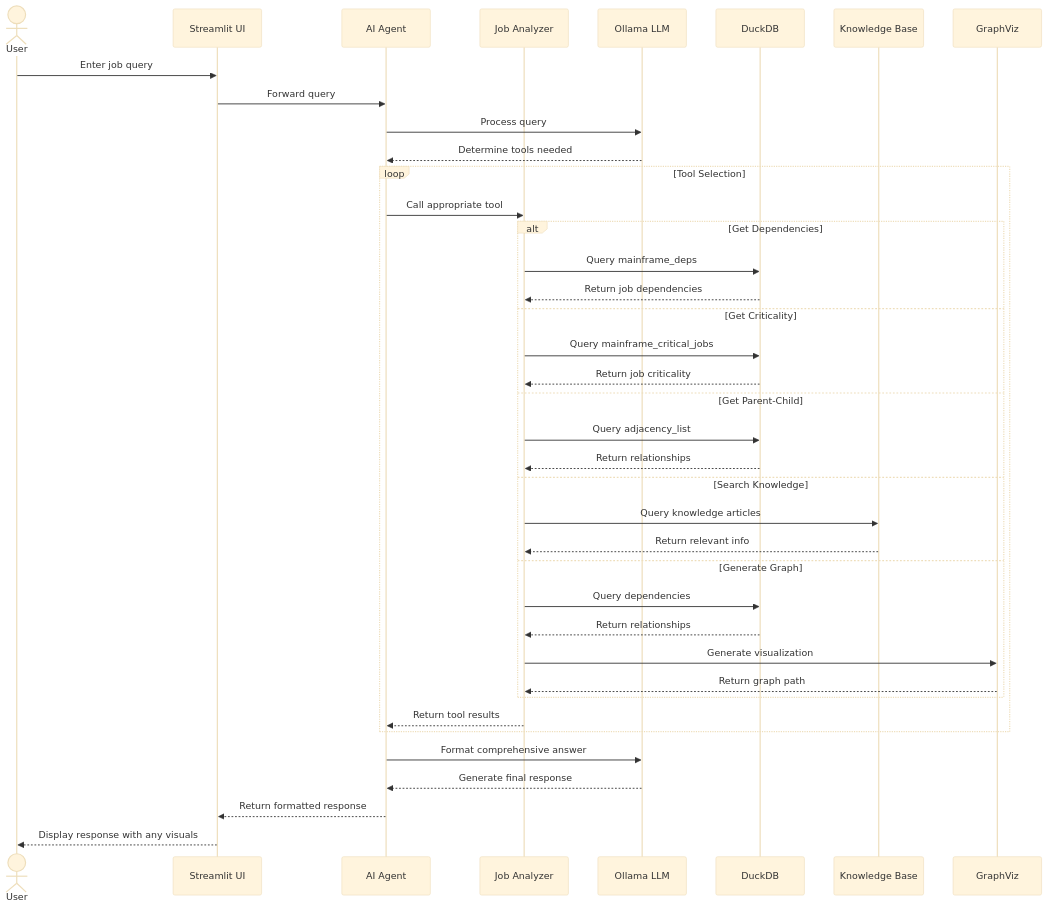
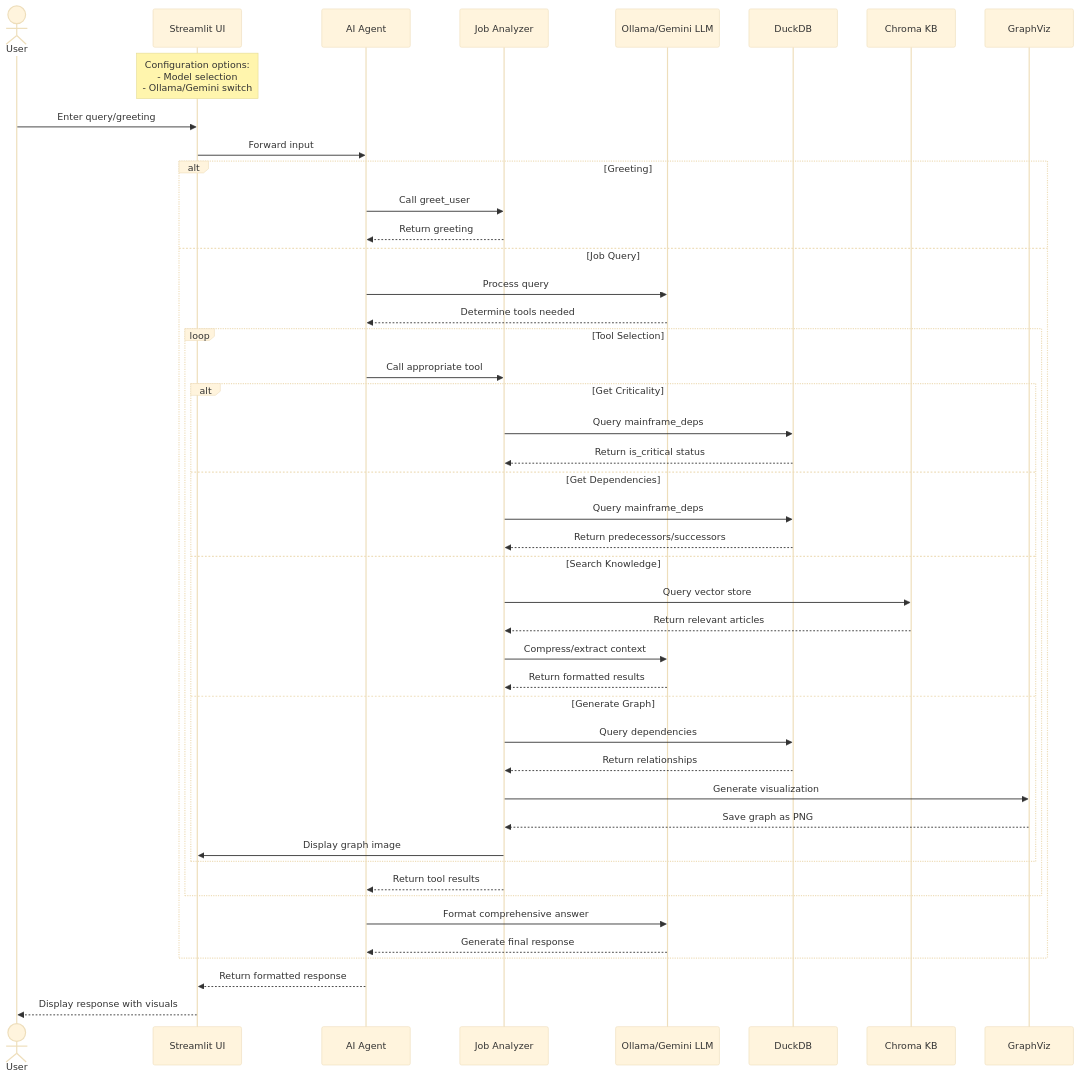
One commit to aviVzm05/dependency_analysis changed the diagram in assets/diagrams/interaction_sequence_diagram.mmd. Above: the diagram before and after it, drawn with Mermaid (base theme). The commit also changed 6 other files, not shown here.

Commit message:
Update diagrams and README for enhanced clarity and functionality

```diff
--- a/assets/diagrams/interaction_sequence_diagram.mmd
+++ b/assets/diagrams/interaction_sequence_diagram.mmd
@@ -1,44 +1,53 @@
 sequenceDiagram
     actor User
     participant UI as Streamlit UI
     participant Agent as AI Agent
     participant Analyzer as Job Analyzer
-    participant LLM as Ollama LLM
+    participant LLM as Ollama/Gemini LLM
     participant DB as DuckDB
-    participant KB as Knowledge Base
+    participant KB as Chroma KB
     participant Graph as GraphViz
 
-    User->>UI: Enter job query
-    UI->>Agent: Forward query
-    Agent->>LLM: Process query
-    LLM-->>Agent: Determine tools needed
+    Note over UI: Configuration options:<br/>- Model selection<br/>- Ollama/Gemini switch
     
-    loop Tool Selection
-        Agent->>Analyzer: Call appropriate tool
+    User->>UI: Enter query/greeting
+    UI->>Agent: Forward input
+    
+    alt Greeting
+        Agent->>Analyzer: Call greet_user
+        Analyzer-->>Agent: Return greeting
+    else Job Query
+        Agent->>LLM: Process query
+        LLM-->>Agent: Determine tools needed
         
-        alt Get Dependencies
-            Analyzer->>DB: Query mainframe_deps
-            DB-->>Analyzer: Return job dependencies
-        else Get Criticality
-            Analyzer->>DB: Query mainframe_critical_jobs
-            DB-->>Analyzer: Return job criticality
-        else Get Parent-Child
-            Analyzer->>DB: Query adjacency_list
-            DB-->>Analyzer: Return relationships
-        else Search Knowledge
-            Analyzer->>KB: Query knowledge articles
-            KB-->>Analyzer: Return relevant info
-        else Generate Graph
-            Analyzer->>DB: Query dependencies
-            DB-->>Analyzer: Return relationships
-            Analyzer->>Graph: Generate visualization
-            Graph-->>Analyzer: Return graph path
+        loop Tool Selection
+            Agent->>Analyzer: Call appropriate tool
+            
+            alt Get Criticality
+                Analyzer->>DB: Query mainframe_deps
+                DB-->>Analyzer: Return is_critical status
+            else Get Dependencies
+                Analyzer->>DB: Query mainframe_deps
+                DB-->>Analyzer: Return predecessors/successors
+            else Search Knowledge
+                Analyzer->>KB: Query vector store
+                KB-->>Analyzer: Return relevant articles
+                Analyzer->>LLM: Compress/extract context
+                LLM-->>Analyzer: Return formatted results
+            else Generate Graph
+                Analyzer->>DB: Query dependencies
+                DB-->>Analyzer: Return relationships
+                Analyzer->>Graph: Generate visualization
+                Graph-->>Analyzer: Save graph as PNG
+                Analyzer->>UI: Display graph image
+            end
+            
+            Analyzer-->>Agent: Return tool results
         end
         
-        Analyzer-->>Agent: Return tool results
+        Agent->>LLM: Format comprehensive answer
+        LLM-->>Agent: Generate final response
     end
     
-    Agent->>LLM: Format comprehensive answer
-    LLM-->>Agent: Generate final response
     Agent-->>UI: Return formatted response
-    UI-->>User: Display response with any visuals
+    UI-->>User: Display response with visuals
```
